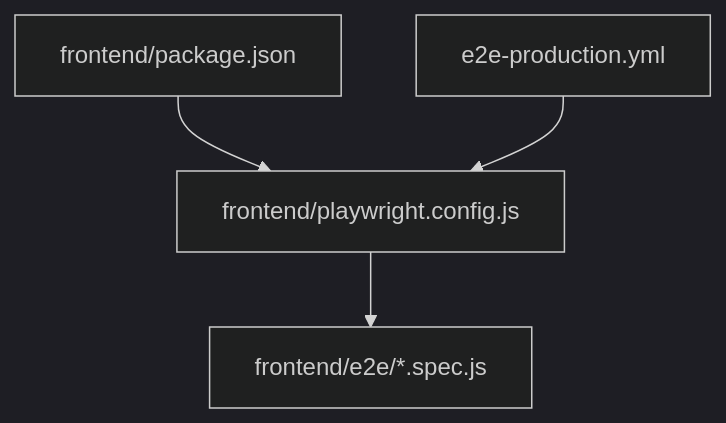
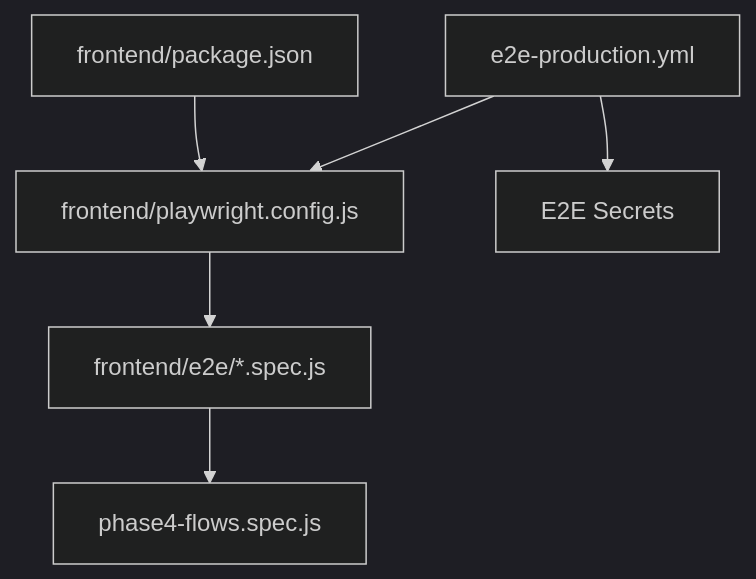
Diagram 11 of 11 in .qoder/repowiki/en/content/Testing Strategy/Frontend Testing/Playwright End-to-End Testing.md (rohitkumarnaidu/-Auto-AI-Automated-Academic-Docx-Manuscript-Formatter), drawn with Mermaid (dark theme) before and after one commit. The commit also changed other lines of this file and 4 other files, not shown here.

````diff
--- a/.qoder/repowiki/en/content/Testing Strategy/Frontend Testing/Playwright End-to-End Testing.md
+++ b/.qoder/repowiki/en/content/Testing Strategy/Frontend Testing/Playwright End-to-End Testing.md
@@ -302,10 +448,14 @@
 ```mermaid
 graph TB
 PKG["frontend/package.json"]
 PWCFG["frontend/playwright.config.js"]
 WF["e2e-production.yml"]
 TESTS["frontend/e2e/*.spec.js"]
+PHASE4["phase4-flows.spec.js"]
+ENV["E2E Secrets"]
 PKG --> PWCFG
 WF --> PWCFG
+WF --> ENV
 PWCFG --> TESTS
+TESTS --> PHASE4
 ```
````
